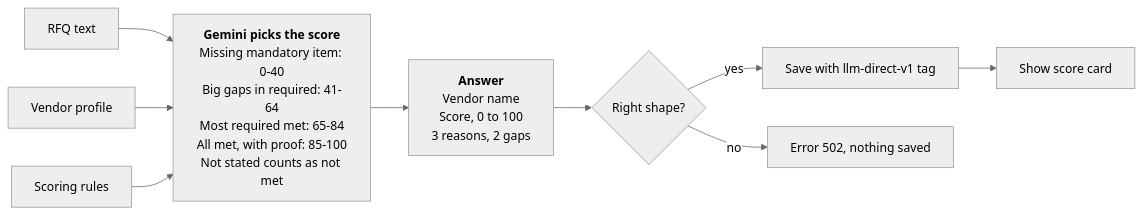
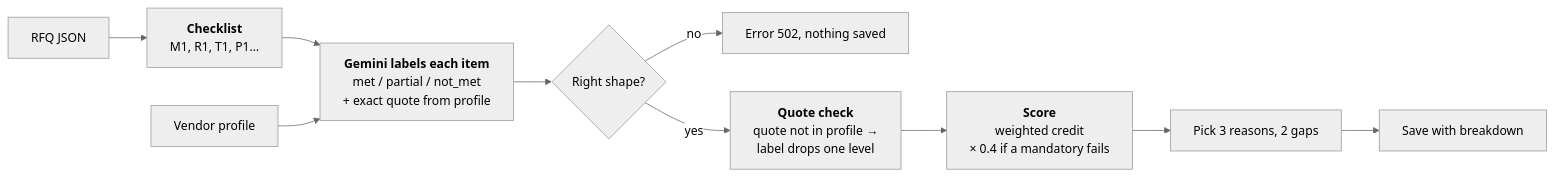
One commit to Pratyush1506/rfq-scorer changed the fifth of 5 diagrams in docs/HOW_IT_WORKS.md. Above: the diagram before and after it, drawn with Mermaid (neutral theme). The commit also changed other lines of this file and 1 other file, not shown here.

````diff
--- a/docs/HOW_IT_WORKS.md
+++ b/docs/HOW_IT_WORKS.md
@@ -242,11 +245,13 @@
 ```mermaid
 flowchart LR
-    R["RFQ text"] --> GM
+    RQ["RFQ JSON"] --> CL["<b>Checklist</b><br/>M1, R1, T1, P1…"]
+    CL --> GM
     V["Vendor profile"] --> GM
-    RU["Scoring rules"] --> GM
-    GM["<b>Gemini picks the score</b><br/>Missing mandatory item: 0-40<br/>Big gaps in required: 41-64<br/>Most required met: 65-84<br/>All met, with proof: 85-100<br/>Not stated counts as not met"]
-    GM --> A["<b>Answer</b><br/>Vendor name<br/>Score, 0 to 100<br/>3 reasons, 2 gaps"]
-    A --> C{"Right shape?"}
-    C -- yes --> SV["Save with llm-direct-v1 tag"] --> SH["Show score card"]
+    GM["<b>Gemini labels each item</b><br/>met / partial / not_met<br/>+ exact quote from profile"]
+    GM --> C{"Right shape?"}
     C -- no --> ER["Error 502, nothing saved"]
+    C -- yes --> QC["<b>Quote check</b><br/>quote not in profile →<br/>label drops one level"]
+    QC --> SC["<b>Score</b><br/>weighted credit<br/>× 0.4 if a mandatory fails"]
+    SC --> RG["Pick 3 reasons, 2 gaps"]
+    RG --> SV["Save with breakdown"]
 ```
````
